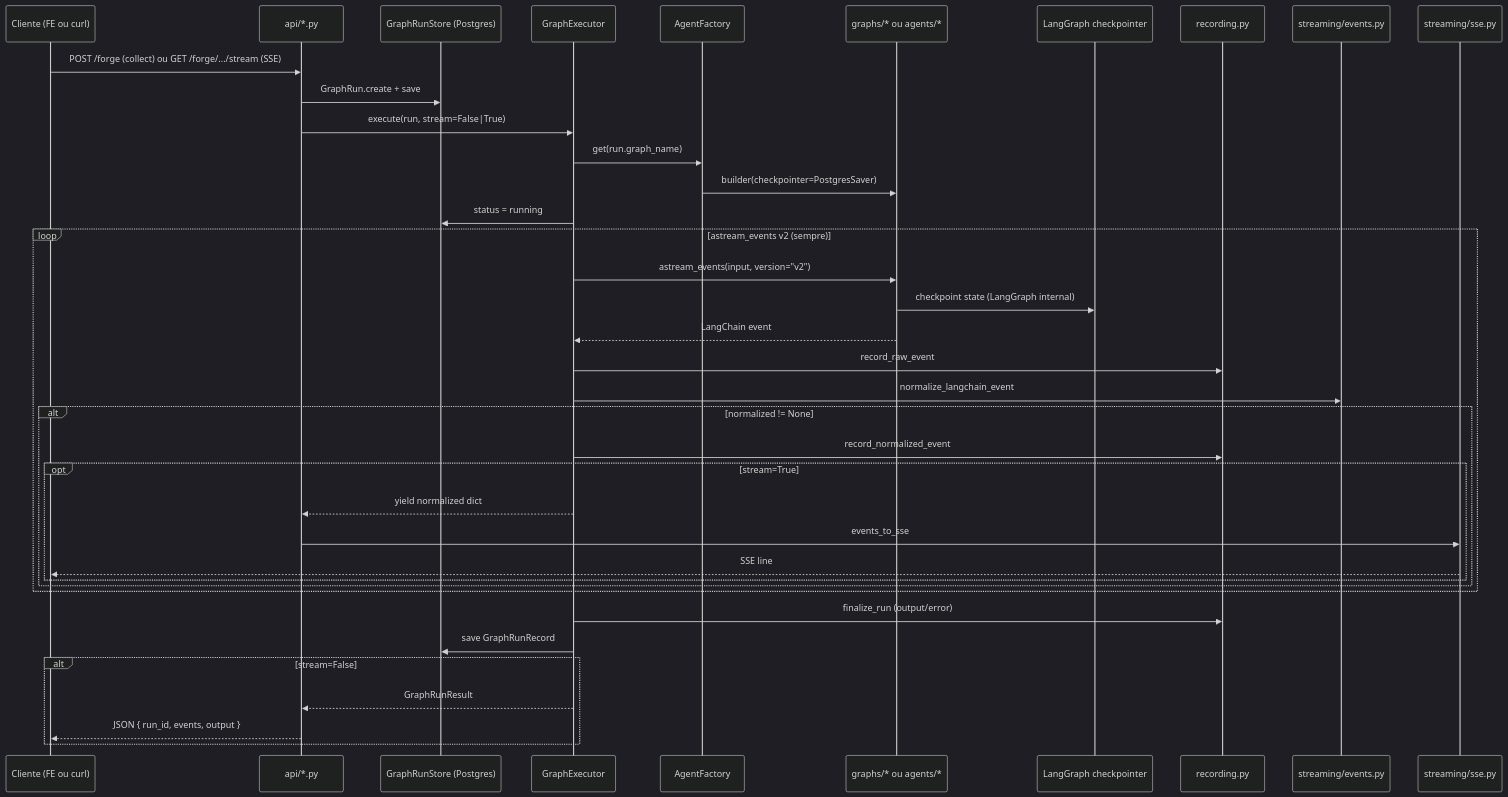
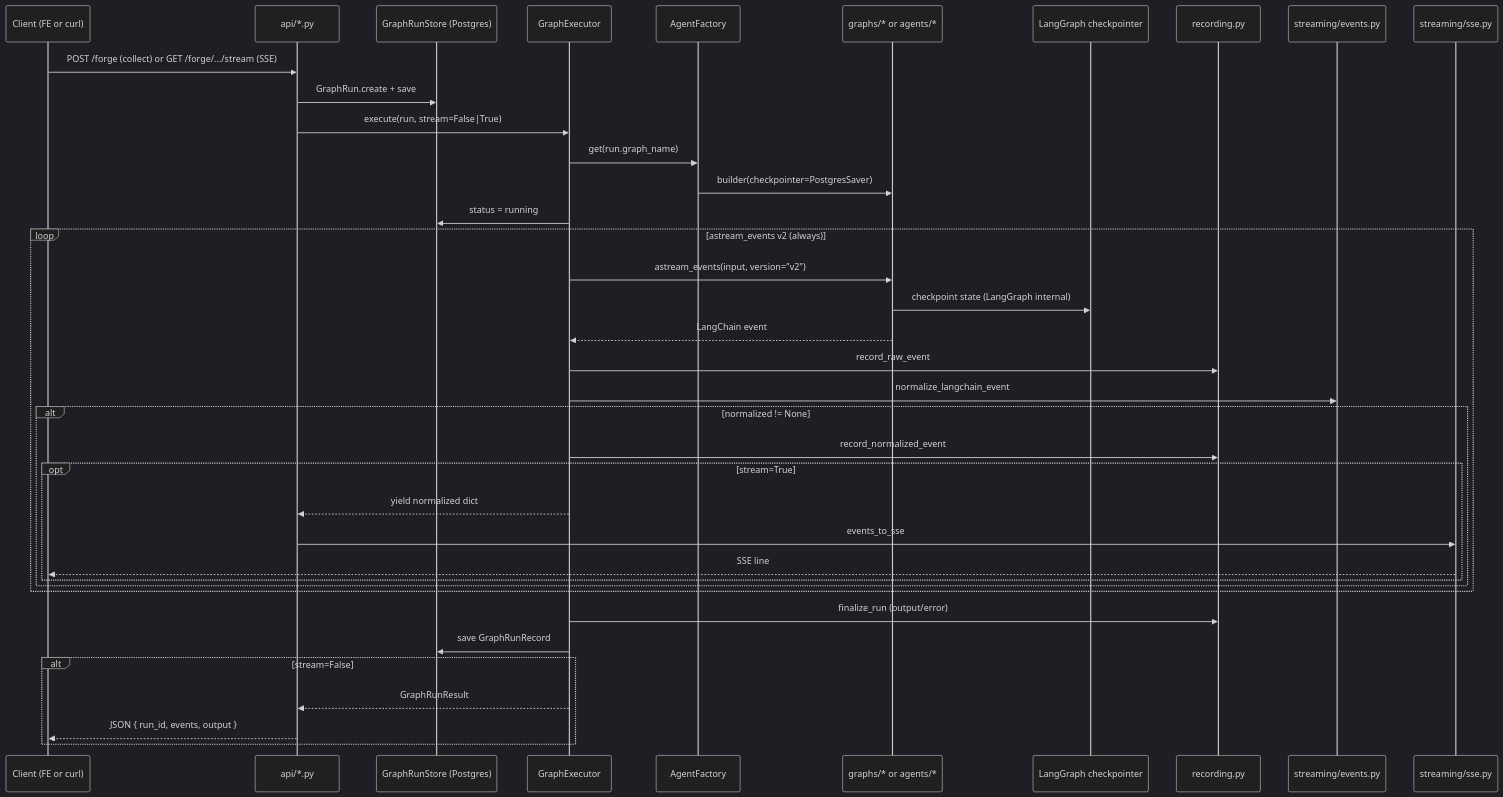
Before and after one commit to BorderlessCodingHub/career-forge-v2: the third of 3 diagrams in docs/engineering/EXECUTION-FLOW.md, drawn with Mermaid (dark theme). The commit also changed other lines of this file and 24 other files, not shown here.

````diff
--- a/docs/engineering/EXECUTION-FLOW.md
+++ b/docs/engineering/EXECUTION-FLOW.md
@@ -129,45 +129,45 @@
 ```mermaid
 sequenceDiagram
-    participant Client as Cliente (FE ou curl)
+    participant Client as Client (FE or curl)
     participant API as api/*.py
     participant Store as GraphRunStore (Postgres)
     participant EX as GraphExecutor
     participant AF as AgentFactory
-    participant G as graphs/* ou agents/*
+    participant G as graphs/* or agents/*
     participant CP as LangGraph checkpointer
     participant REC as recording.py
     participant EV as streaming/events.py
     participant SSE as streaming/sse.py
 
-    Client->>API: POST /forge (collect) ou GET /forge/.../stream (SSE)
+    Client->>API: POST /forge (collect) or GET /forge/.../stream (SSE)
     API->>Store: GraphRun.create + save
     API->>EX: execute(run, stream=False|True)
 
     EX->>AF: get(run.graph_name)
     AF->>G: builder(checkpointer=PostgresSaver)
     EX->>Store: status = running
 
-    loop astream_events v2 (sempre)
+    loop astream_events v2 (always)
         EX->>G: astream_events(input, version="v2")
         G->>CP: checkpoint state (LangGraph internal)
         G-->>EX: LangChain event
         EX->>REC: record_raw_event
         EX->>EV: normalize_langchain_event
         alt normalized != None
             EX->>REC: record_normalized_event
             opt stream=True
                 EX-->>API: yield normalized dict
                 API->>SSE: events_to_sse
                 SSE-->>Client: SSE line
             end
         end
     end
 
     EX->>REC: finalize_run (output/error)
     EX->>Store: save GraphRunRecord
 
     alt stream=False
         EX-->>API: GraphRunResult
         API-->>Client: JSON { run_id, events, output }
     end
 ```
````
